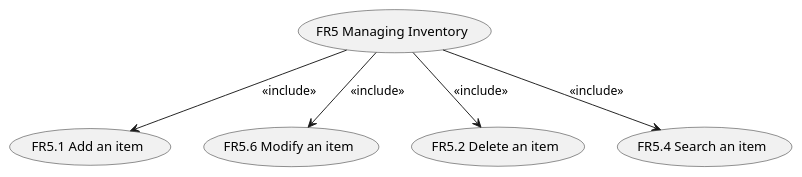
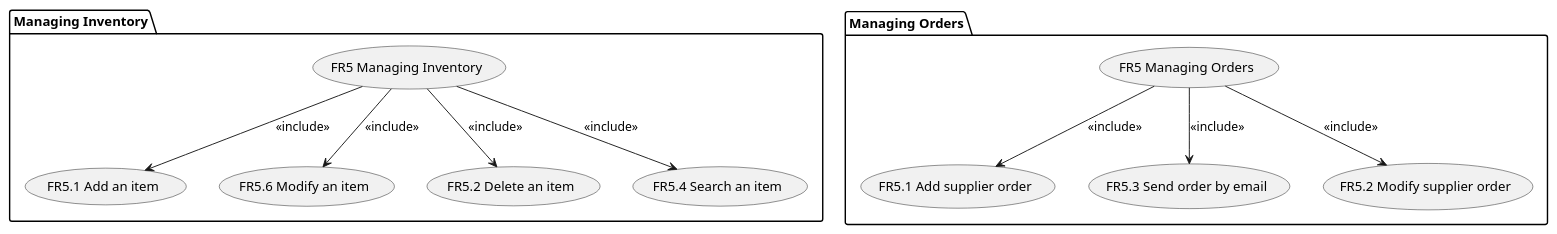
The fifth of 7 diagrams in Deliverables/RequirementsDocument.md (thegabriele97/EzShop), drawn with PlantUML before and after one commit. The commit also changed other lines of this file, not shown here.

Commit message:
docs: added some UCs in the UCD

````diff
--- a/Deliverables/RequirementsDocument.md
+++ b/Deliverables/RequirementsDocument.md
@@ -331,12 +331,25 @@
 ```plantuml
-usecase "FR5 Managing Inventory" as mnginventory
-usecase "FR5.1 Add an item" as additem
-usecase "FR5.6 Modify an item" as moditem
-usecase "FR5.2 Delete an item" as remitem
-usecase "FR5.4 Search an item" as listitem
+package "Managing Inventory" {
+	usecase "FR5 Managing Inventory" as mnginventory
+	usecase "FR5.1 Add an item" as additem
+	usecase "FR5.6 Modify an item" as moditem
+	usecase "FR5.2 Delete an item" as remitem
+	usecase "FR5.4 Search an item" as listitem
 
-mnginventory --> additem : <<include>>
-mnginventory --> moditem : <<include>>
-mnginventory --> remitem : <<include>>
-mnginventory --> listitem : <<include>>
+	mnginventory --> additem : <<include>>
+	mnginventory --> moditem : <<include>>
+	mnginventory --> remitem : <<include>>
+	mnginventory --> listitem : <<include>>
+}
+
+package "Managing Orders" {
+    usecase "FR5 Managing Orders" as mngorders
+    usecase "FR5.1 Add supplier order" as addorder
+    usecase "FR5.3 Send order by email" as emailorder
+    usecase "FR5.2 Modify supplier order" as modorder
+
+    mngorders --> addorder : <<include>>
+    mngorders --> modorder : <<include>>
+    mngorders --> emailorder : <<include>>
+}
 ```
````
